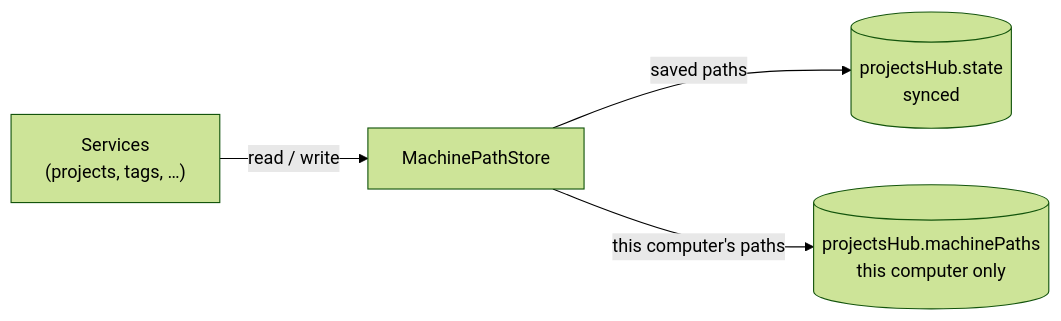
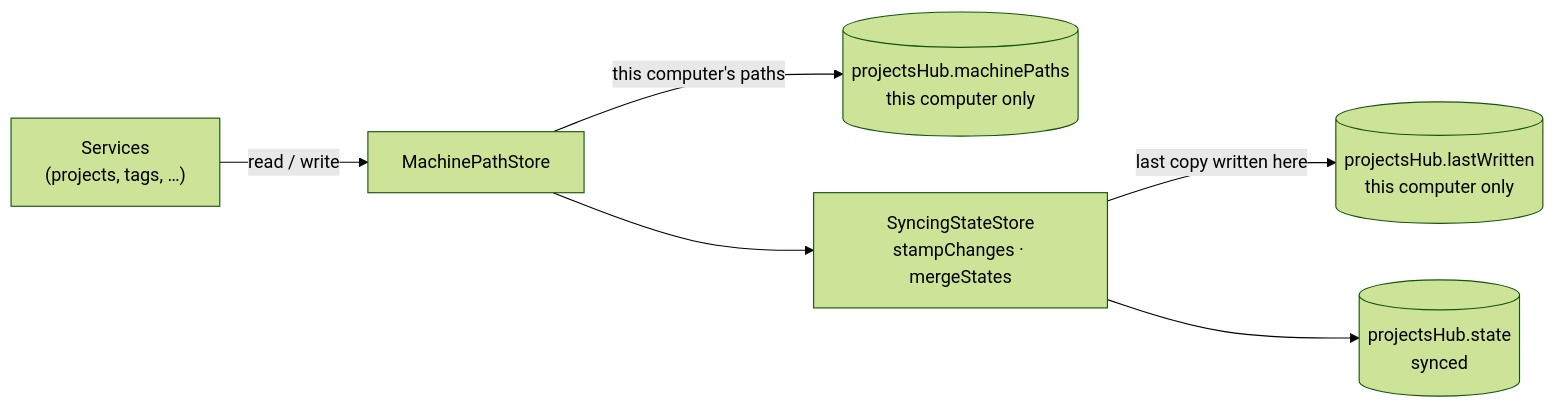
The second of 7 diagrams in docs/ARCHITECTURE.md (kyell182/vs-code-project-organiser), drawn with Mermaid (forest theme) before and after one commit. The commit also changed other lines of this file and 15 other files, not shown here.

First line of the commit message:
Merge synced state per record instead of last write wins

````diff
--- a/docs/ARCHITECTURE.md
+++ b/docs/ARCHITECTURE.md
@@ -93,6 +101,8 @@
 ```mermaid
 flowchart LR
     services["Services<br/>(projects, tags, …)"] -->|read / write| machine["MachinePathStore"]
-    machine -->|saved paths| synced[("projectsHub.state<br/>synced")]
     machine -->|this computer's paths| local[("projectsHub.machinePaths<br/>this computer only")]
+    machine --> syncing["SyncingStateStore<br/>stampChanges · mergeStates"]
+    syncing -->|last copy written here| last[("projectsHub.lastWritten<br/>this computer only")]
+    syncing --> synced[("projectsHub.state<br/>synced")]
 ```
````
